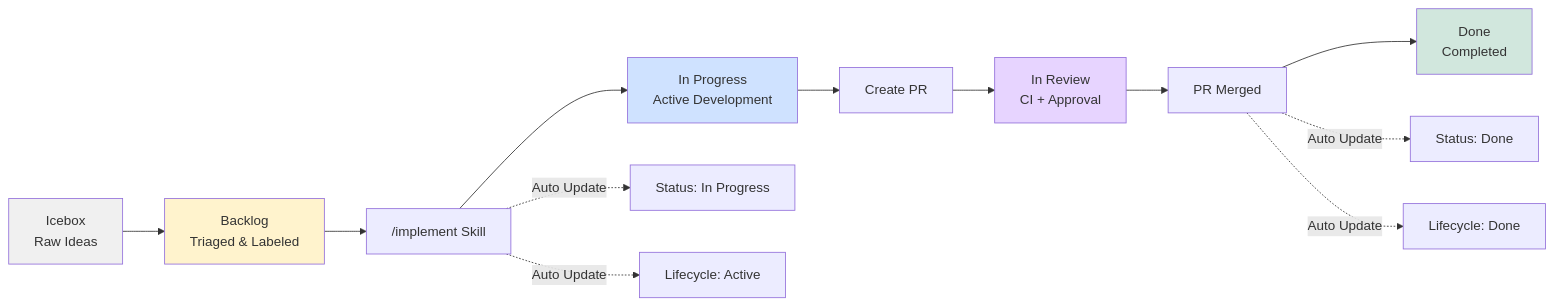
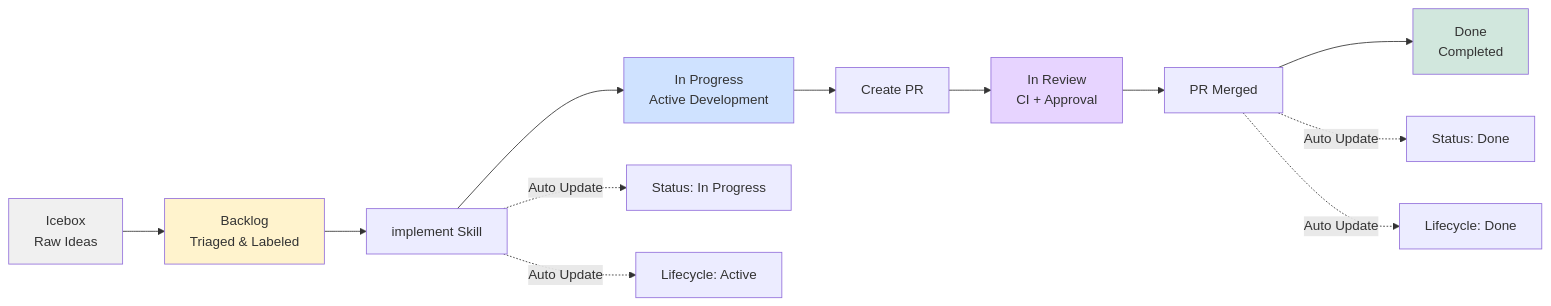
The fifth of 7 diagrams in docs/diagrams/development-workflow.md (mikiwiik/instructions-only-claude-coding), drawn with Mermaid before and after one commit. The commit also changed other lines of this file and 2 other files, not shown here.

Commit message:
fix(dx): address review feedback on skills (#480)
- Remove redundant npx tsc --noEmit (npm run type-check already runs it)
- Remove false WIP check claim from /implement description

🤖 Generated with AI Agent

````diff
--- a/docs/diagrams/development-workflow.md
+++ b/docs/diagrams/development-workflow.md
@@ -210,21 +210,21 @@
 ```mermaid
 graph LR
     Icebox[Icebox<br/>Raw Ideas] --> Backlog[Backlog<br/>Triaged & Labeled]
-    Backlog --> Implement["/implement Skill"]
+    Backlog --> Implement["implement Skill"]
     Implement --> InProgress[In Progress<br/>Active Development]
     InProgress --> PRCreate[Create PR]
     PRCreate --> Review[In Review<br/>CI + Approval]
     Review --> Merged[PR Merged]
     Merged --> Done[Done<br/>Completed]
 
     Implement -.->|Auto Update| StatusIP[Status: In Progress]
     Implement -.->|Auto Update| LifecycleActive[Lifecycle: Active]
     Merged -.->|Auto Update| StatusDone[Status: Done]
     Merged -.->|Auto Update| LifecycleDone[Lifecycle: Done]
 
     style Icebox fill:#f0f0f0
     style Backlog fill:#fff3cd
     style InProgress fill:#cfe2ff
     style Review fill:#e7d4ff
     style Done fill:#d1e7dd
 ```
````
